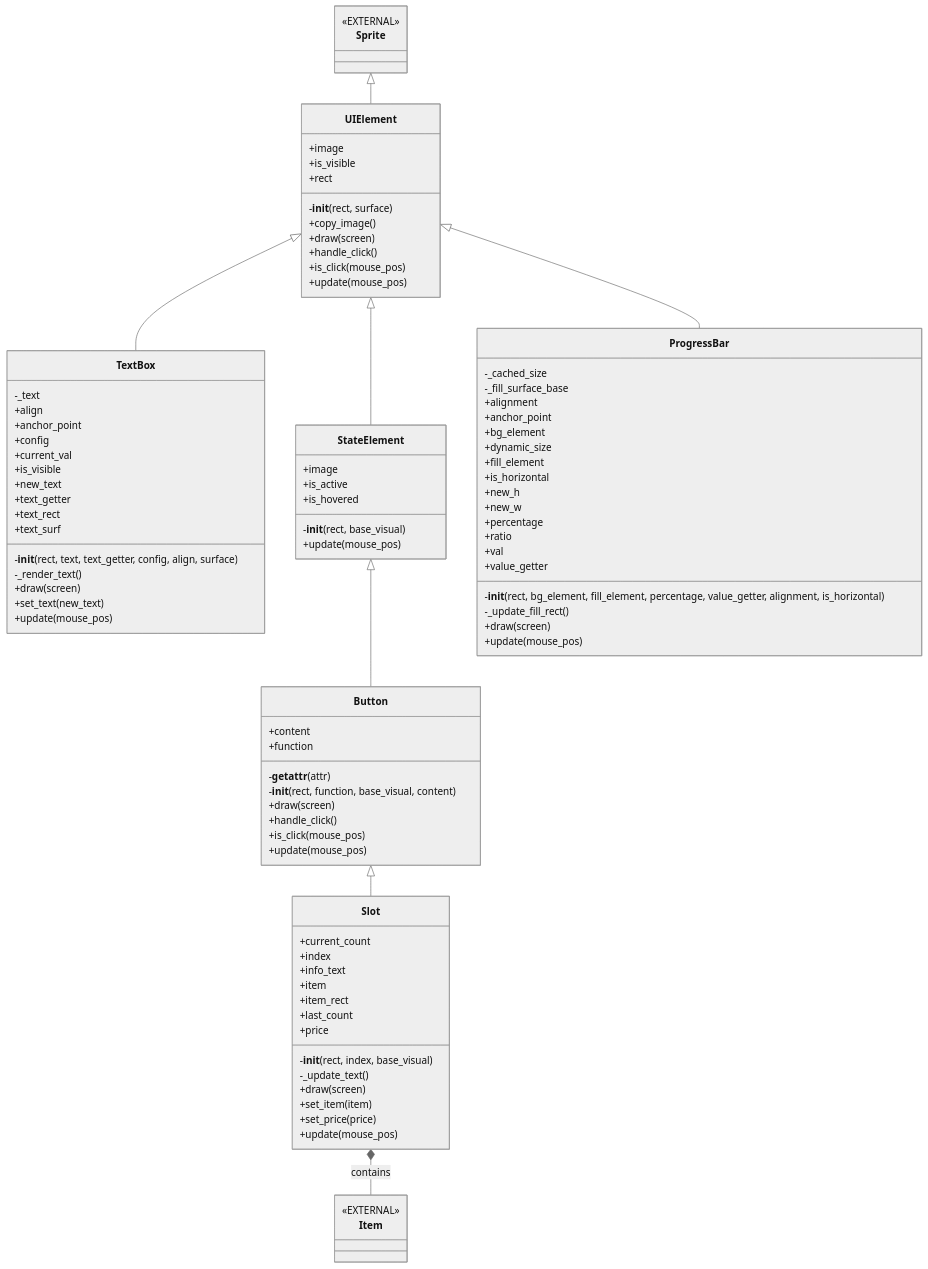
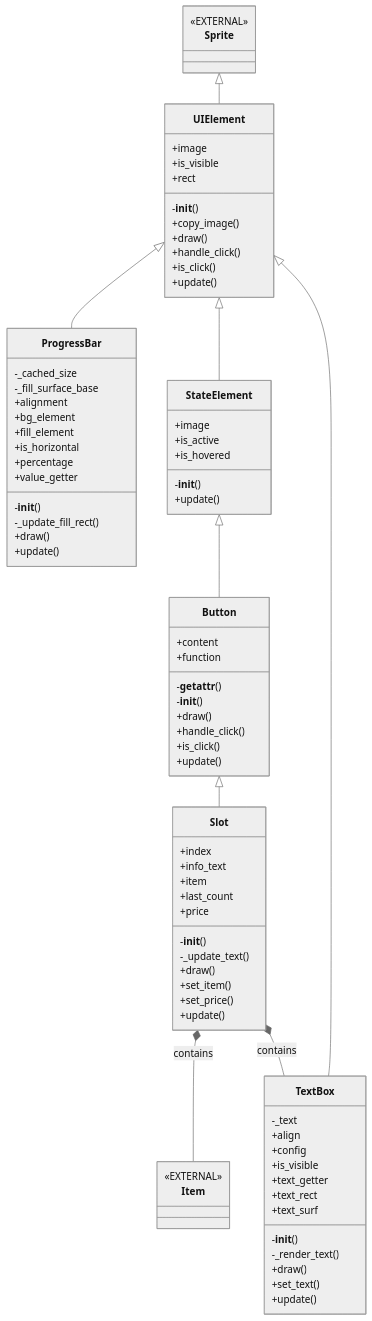
One commit to FlamboyantKiwi/Python-Plant-Sim changed the diagram in uml/elements_uml.md. Above: the diagram before and after it, drawn with Mermaid (neutral theme). The commit also changed 16 other files, not shown here.

First line of the commit message:
Add wiki UML generator and refresh UML docs

````diff
--- a/uml/elements_uml.md
+++ b/uml/elements_uml.md
@@ -1,96 +1,86 @@
 ```mermaid
 classDiagram
+    Sprite <|-- UIElement
+    StateElement <|-- Button
+    UIElement <|-- ProgressBar
+    Button <|-- Slot
+    UIElement <|-- StateElement
     UIElement <|-- TextBox
-    Sprite <|-- UIElement
-    UIElement <|-- StateElement
-    Button <|-- Slot
-    UIElement <|-- ProgressBar
-    StateElement <|-- Button
     Slot *-- Item : contains
+    Slot *-- TextBox : contains
     class Item {
         <<EXTERNAL>>
     }
     class Sprite {
         <<EXTERNAL>>
     }
-    class TextBox {
-        -_text
-        +align
-        +anchor_point
-        +config
-        +current_val
-        +is_visible
-        +new_text
-        +text_getter
-        +text_rect
-        +text_surf
-        -__init__(rect, text, text_getter, config, align, surface)
-        -_render_text()
-        +draw(screen)
-        +set_text(new_text)
-        +update(mouse_pos)
-    }
     class UIElement {
         +image
         +is_visible
         +rect
-        -__init__(rect, surface)
+        -__init__()
         +copy_image()
-        +draw(screen)
+        +draw()
         +handle_click()
-        +is_click(mouse_pos)
-        +update(mouse_pos)
+        +is_click()
+        +update()
+    }
+    class Button {
+        +content
+        +function
+        -__getattr__()
+        -__init__()
+        +draw()
+        +handle_click()
+        +is_click()
+        +update()
+    }
+    class ProgressBar {
+        -_cached_size
+        -_fill_surface_base
+        +alignment
+        +bg_element
+        +fill_element
+        +is_horizontal
+        +percentage
+        +value_getter
+        -__init__()
+        -_update_fill_rect()
+        +draw()
+        +update()
+    }
+    class Slot {
+        +index
+        +info_text
+        +item
+        +last_count
+        +price
+        -__init__()
+        -_update_text()
+        +draw()
+        +set_item()
+        +set_price()
+        +update()
     }
     class StateElement {
         +image
         +is_active
         +is_hovered
-        -__init__(rect, base_visual)
-        +update(mouse_pos)
+        -__init__()
+        +update()
     }
-    class Slot {
-        +current_count
-        +index
-        +info_text
-        +item
-        +item_rect
-        +last_count
-        +price
-        -__init__(rect, index, base_visual)
-        -_update_text()
-        +draw(screen)
-        +set_item(item)
-        +set_price(price)
-        +update(mouse_pos)
-    }
-    class ProgressBar {
-        -_cached_size
-        -_fill_surface_base
-        +alignment
-        +anchor_point
-        +bg_element
-        +dynamic_size
-        +fill_element
-        +is_horizontal
-        +new_h
-        +new_w
-        +percentage
-        +ratio
-        +val
-        +value_getter
-        -__init__(rect, bg_element, fill_element, percentage, value_getter, alignment, is_horizontal)
-        -_update_fill_rect()
-        +draw(screen)
-        +update(mouse_pos)
-    }
-    class Button {
-        +content
-        +function
-        -__getattr__(attr)
-        -__init__(rect, function, base_visual, content)
-        +draw(screen)
-        +handle_click()
-        +is_click(mouse_pos)
-        +update(mouse_pos)
+    class TextBox {
+        -_text
+        +align
+        +config
+        +is_visible
+        +text_getter
+        +text_rect
+        +text_surf
+        -__init__()
+        -_render_text()
+        +draw()
+        +set_text()
+        +update()
     }
 ```
````
